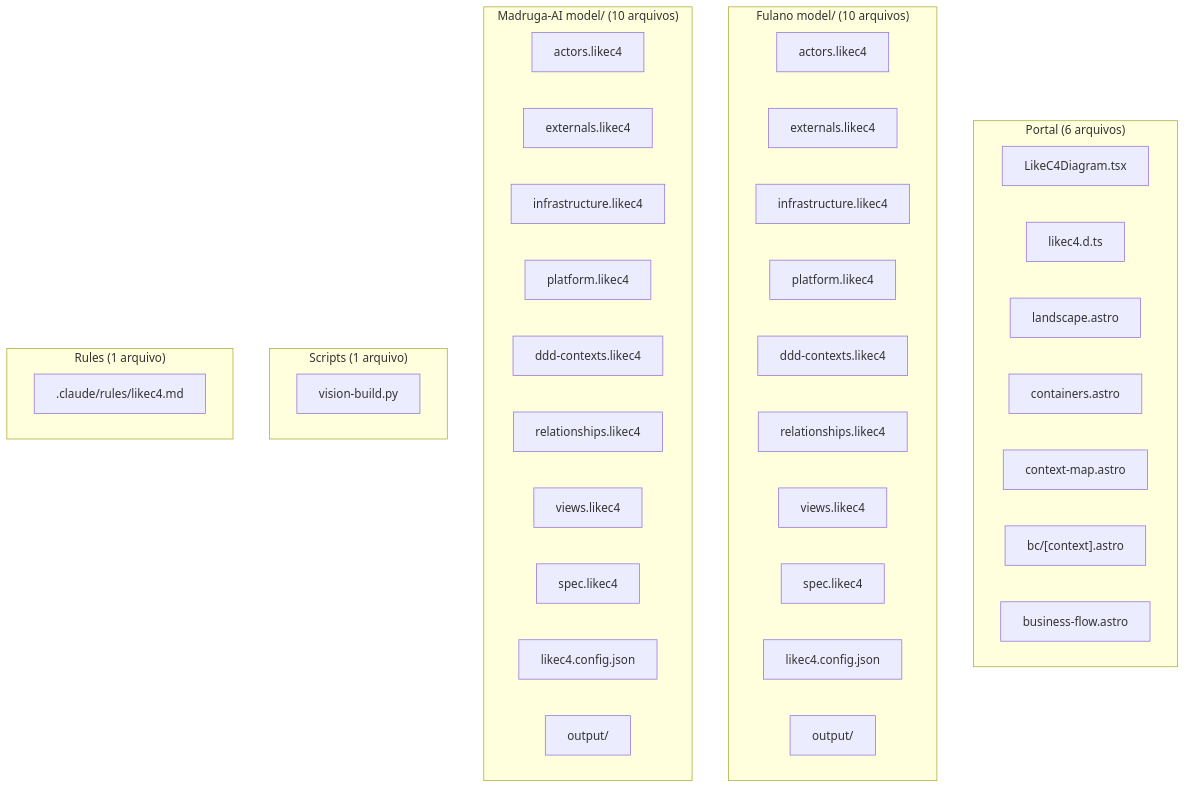
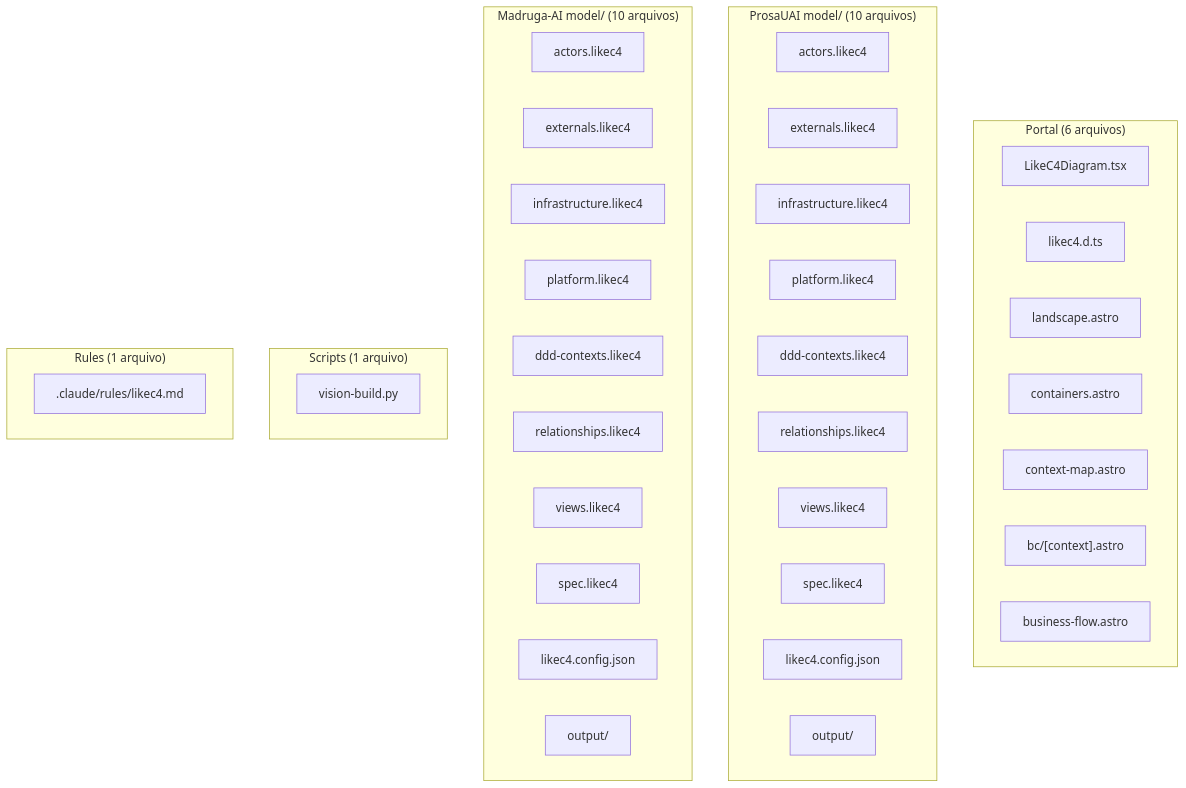
One commit to paceautomations/madruga.ai changed the diagram in platforms/madruga-ai/epics/022-mermaid-migration/data-model.md. Above: the diagram before and after it, drawn with Mermaid. The commit also changed other lines of this file and 171 other files, not shown here.

````diff
--- a/platforms/madruga-ai/epics/022-mermaid-migration/data-model.md
+++ b/platforms/madruga-ai/epics/022-mermaid-migration/data-model.md
@@ -17,46 +17,46 @@
 ```mermaid
 graph TD
     subgraph portal["Portal (6 arquivos)"]
         lc4tsx["LikeC4Diagram.tsx"]
         lc4dts["likec4.d.ts"]
         landscape["landscape.astro"]
         containers_page["containers.astro"]
         ctxmap_page["context-map.astro"]
         bcpage["bc/[context].astro"]
         bflow_page["business-flow.astro"]
     end
 
-    subgraph model_fulano["Fulano model/ (10 arquivos)"]
+    subgraph model_prosauai["ProsaUAI model/ (10 arquivos)"]
         f_actors["actors.likec4"]
         f_ext["externals.likec4"]
         f_infra["infrastructure.likec4"]
         f_plat["platform.likec4"]
         f_ddd["ddd-contexts.likec4"]
         f_rel["relationships.likec4"]
         f_views["views.likec4"]
         f_spec["spec.likec4"]
         f_cfg["likec4.config.json"]
         f_out["output/"]
     end
 
     subgraph model_madruga["Madruga-AI model/ (10 arquivos)"]
         m_actors["actors.likec4"]
         m_ext["externals.likec4"]
         m_infra["infrastructure.likec4"]
         m_plat["platform.likec4"]
         m_ddd["ddd-contexts.likec4"]
         m_rel["relationships.likec4"]
         m_views["views.likec4"]
         m_spec["spec.likec4"]
         m_cfg["likec4.config.json"]
         m_out["output/"]
     end
 
     subgraph scripts["Scripts (1 arquivo)"]
         vbuild["vision-build.py"]
     end
 
     subgraph rules["Rules (1 arquivo)"]
         lc4rule[".claude/rules/likec4.md"]
     end
 ```
````
